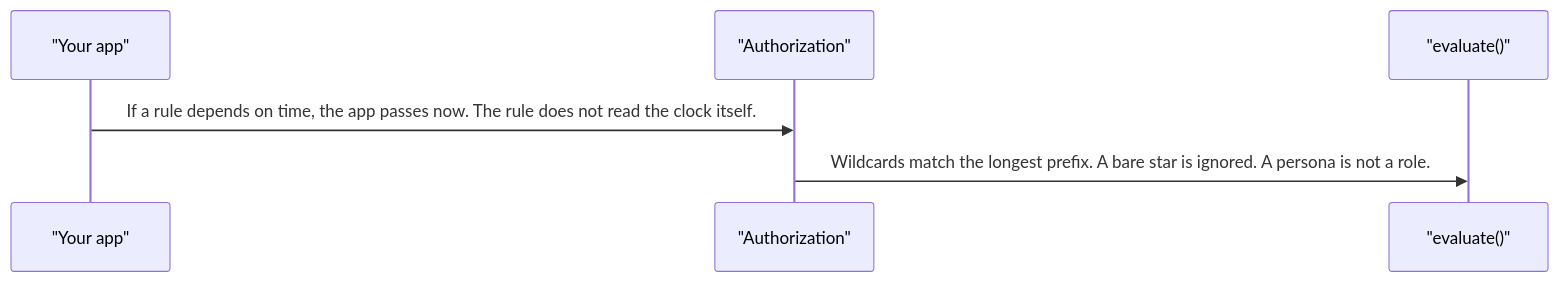
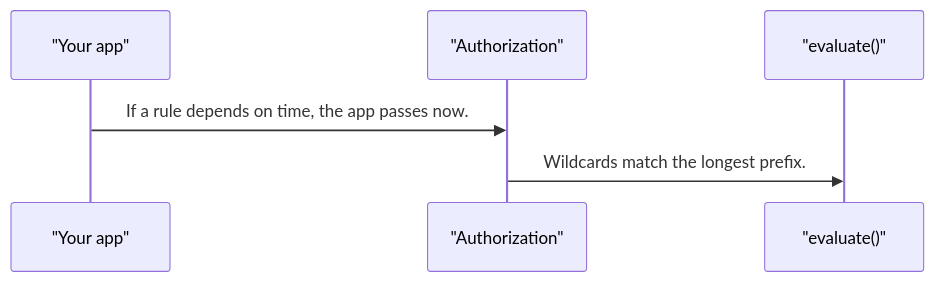
One commit to RajshekharBorate/pixel-ui changed the fifth of 5 diagrams in projects/pixel-ui/src/lib/services/authorization/DESIGN.md. Above: the diagram before and after it, drawn with Mermaid. The commit also changed other lines of this file and 80 other files, not shown here.

Commit message:
Fill missing design flows and correct the stories that did not match component behavior.

````diff
--- a/projects/pixel-ui/src/lib/services/authorization/DESIGN.md
+++ b/projects/pixel-ui/src/lib/services/authorization/DESIGN.md
@@ -96,8 +96,8 @@
 ```mermaid
 sequenceDiagram
   participant app as "Your app"
   participant auth as "Authorization"
   participant pep as "evaluate()"
-  app->>auth: If a rule depends on time, the app passes now. The rule does not read the clock itself.
-  auth->>pep: Wildcards match the longest prefix. A bare star is ignored. A persona is not a role.
+  app->>auth: If a rule depends on time, the app passes now.
+  auth->>pep: Wildcards match the longest prefix.
 ```
````
